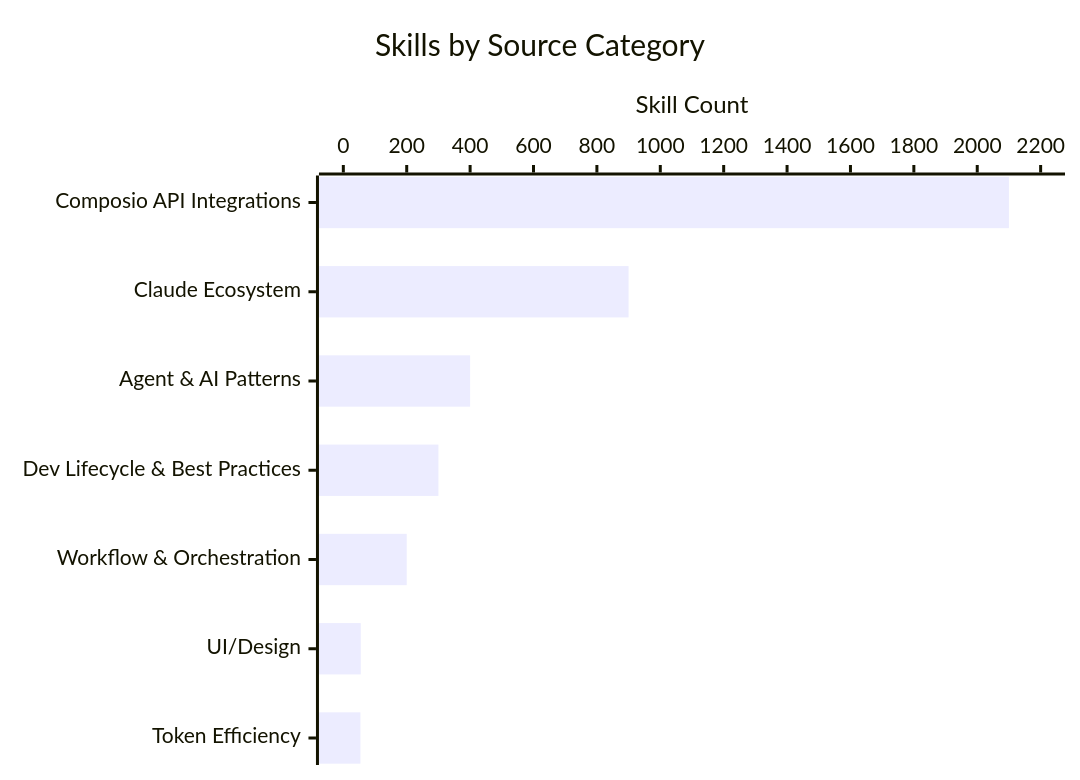
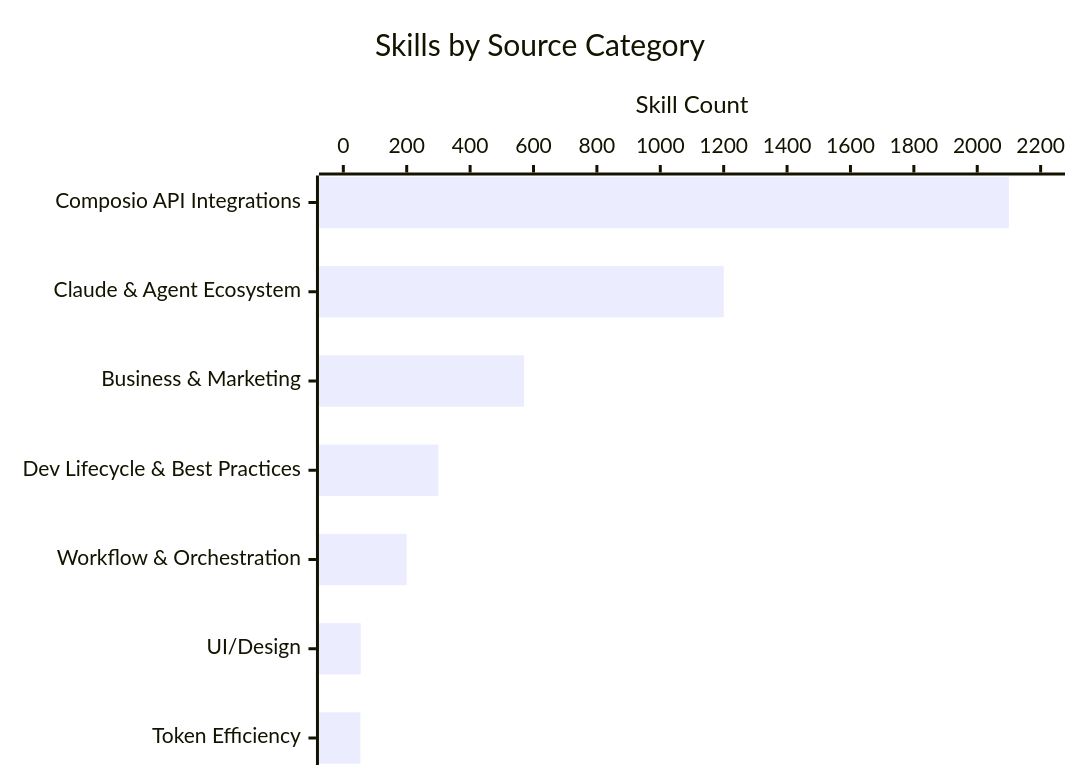
The first of 4 diagrams in README.md (KunanonJ/claude-skills-hub), drawn with Mermaid before and after one commit. The commit also changed other lines of this file, not shown here.

````diff
--- a/README.md
+++ b/README.md
@@ -41,7 +41,7 @@
 ```mermaid
 xychart-beta horizontal
     title "Skills by Source Category"
-    x-axis ["Composio API Integrations", "Claude Ecosystem", "Agent & AI Patterns", "Dev Lifecycle & Best Practices", "Workflow & Orchestration", "UI/Design", "Token Efficiency"]
+    x-axis ["Composio API Integrations", "Claude & Agent Ecosystem", "Business & Marketing", "Dev Lifecycle & Best Practices", "Workflow & Orchestration", "UI/Design", "Token Efficiency"]
     y-axis "Skill Count" 0 --> 2200
-    bar [2100, 900, 400, 300, 200, 55, 54]
+    bar [2100, 1200, 570, 300, 200, 55, 54]
 ```
````
